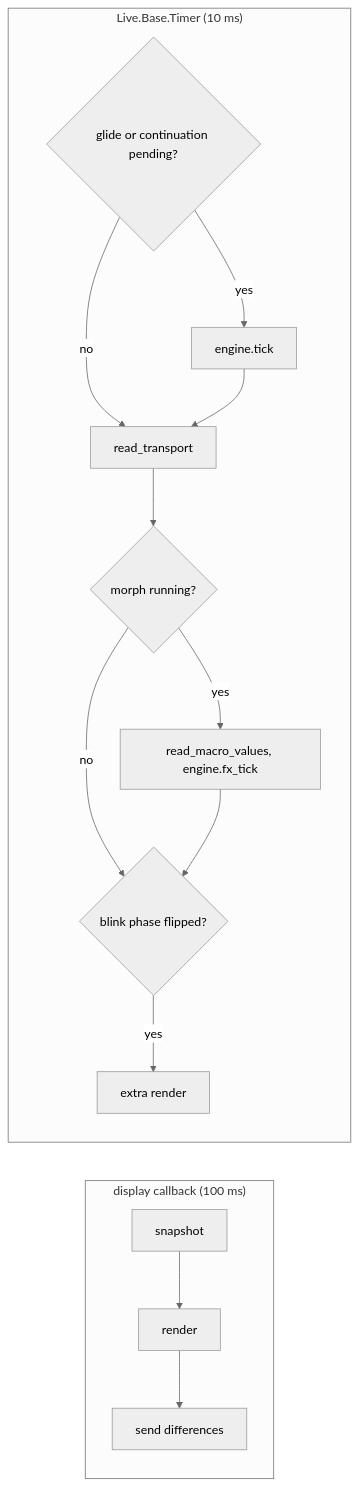
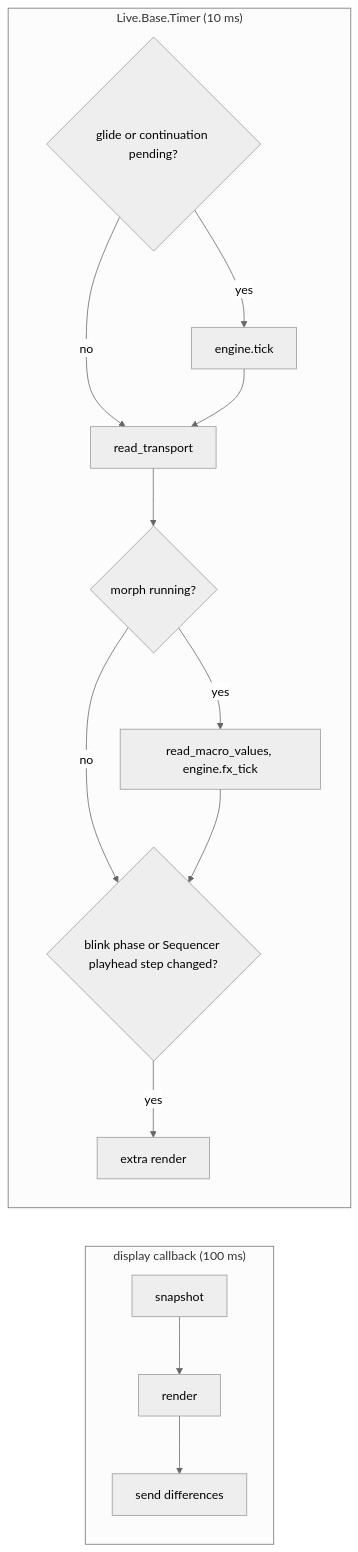
The sixth of 8 diagrams in docs/architecture.md (ianbleaker/bleakloop-linnstrument), drawn with Mermaid (neutral theme) before and after one commit. The commit also changed other lines of this file and 35 other files, not shown here.

First line of the commit message:
Add Sequencer Mode (#65)

````diff
--- a/docs/architecture.md
+++ b/docs/architecture.md
@@ -405,16 +426,16 @@
 ```mermaid
 flowchart LR
   subgraph display["display callback (100 ms)"]
     snapshot["snapshot"] --> draw["render"] --> send["send differences"]
   end
   subgraph timer["Live.Base.Timer (10 ms)"]
     pending{"glide or continuation pending?"} -->|"yes"| tick["engine.tick"]
     pending -->|"no"| transport["read_transport"]
     tick --> transport
     transport --> morphing{"morph running?"}
     morphing -->|"yes"| fxtick["read_macro_values, engine.fx_tick"]
     morphing -->|"no"| flipped
-    fxtick --> flipped{"blink phase flipped?"}
+    fxtick --> flipped{"blink phase or Sequencer playhead step changed?"}
     flipped -->|"yes"| extra["extra render"]
   end
 ```
````
